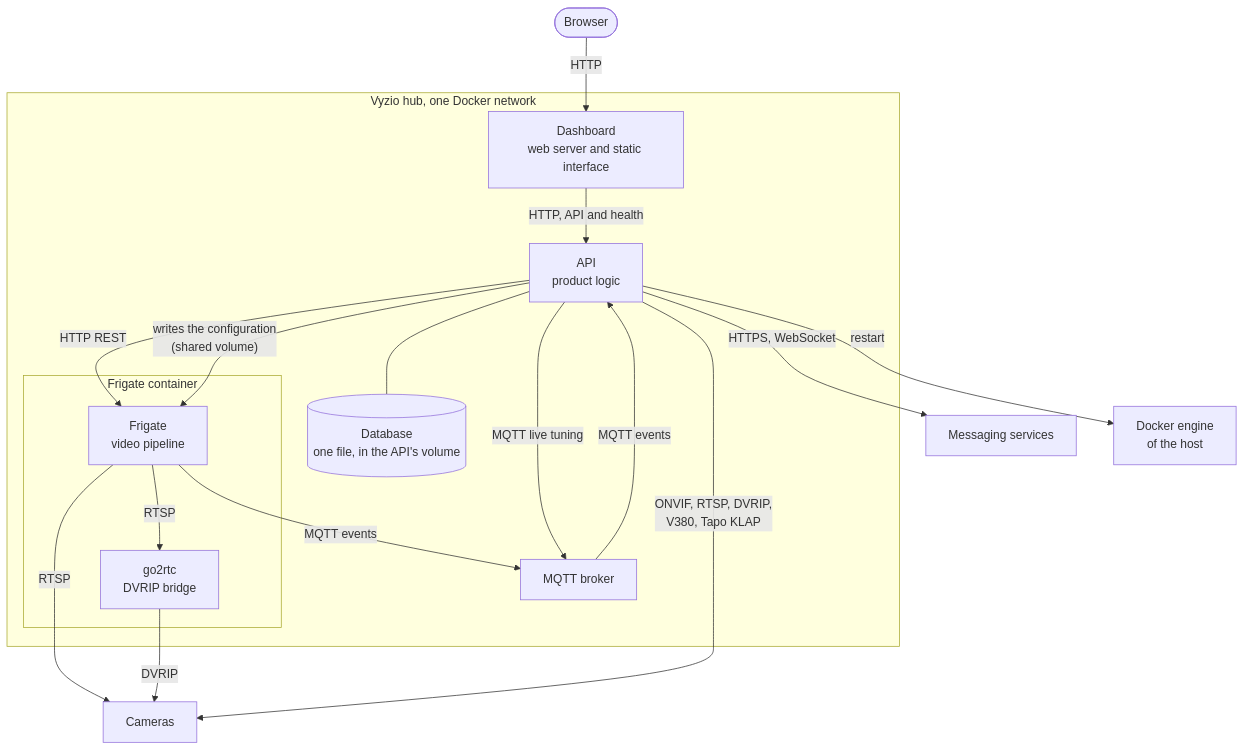
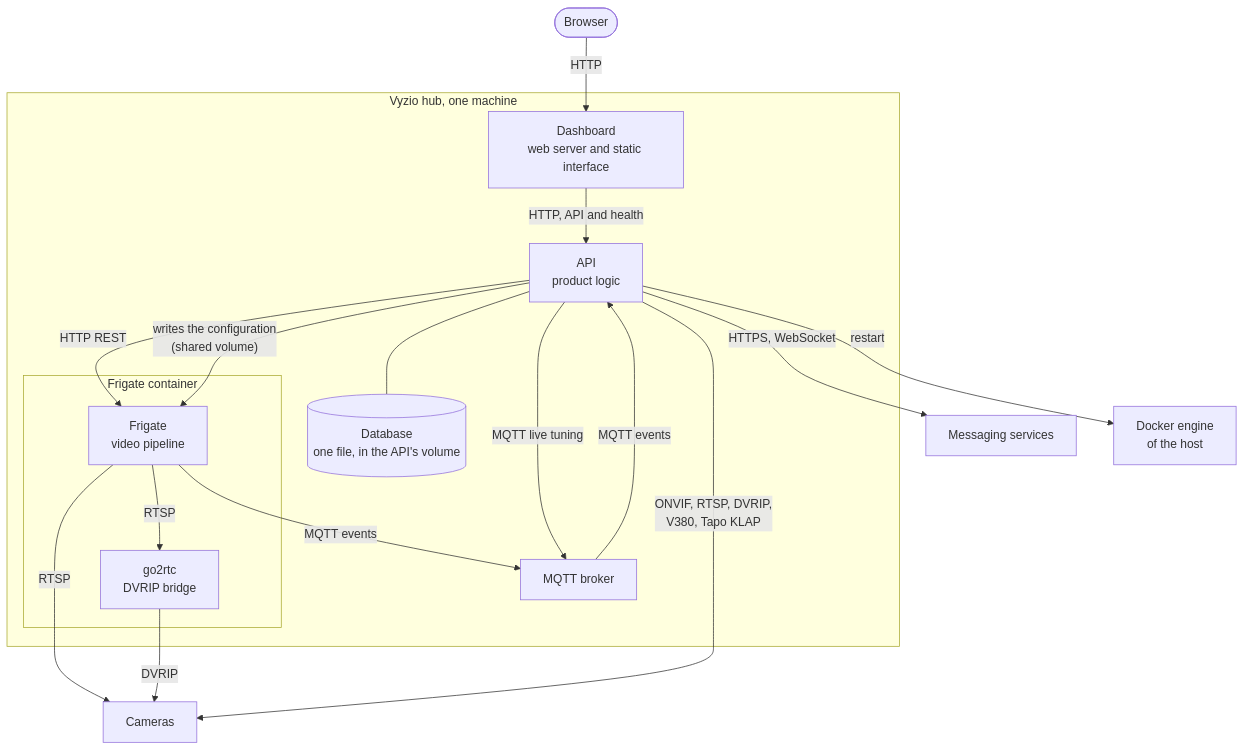
One commit to KelianS/vyzio changed the second of 6 diagrams in docs/SAD.md. Above: the diagram before and after it, drawn with Mermaid. The commit also changed other lines of this file and 3 other files, not shown here.

````diff
--- a/docs/SAD.md
+++ b/docs/SAD.md
@@ -54,32 +54,32 @@
 ```mermaid
 flowchart TB
     browser(["Browser"])
-    subgraph hub["Vyzio hub, one Docker network"]
+    subgraph hub["Vyzio hub, one machine"]
         dash["Dashboard<br/>web server and static interface"]
         api["API<br/>product logic"]
         db[("Database<br/>one file, in the API's volume")]
         mqtt["MQTT broker"]
         subgraph frig["Frigate container"]
             frigate["Frigate<br/>video pipeline"]
             go2rtc["go2rtc<br/>DVRIP bridge"]
         end
     end
     cams["Cameras"]
     chan["Messaging services"]
     docker["Docker engine<br/>of the host"]
 
     browser -- HTTP --> dash
     dash -- "HTTP, API and health" --> api
     api --- db
     api -- "HTTP REST" --> frigate
     frigate -- "MQTT events" --> mqtt
     mqtt -- "MQTT events" --> api
     api -- "MQTT live tuning" --> mqtt
     api -- "writes the configuration<br/>(shared volume)" --> frigate
     api -- "restart" --> docker
     frigate -- RTSP --> cams
     frigate -- RTSP --> go2rtc
     go2rtc -- DVRIP --> cams
     api -- "ONVIF, RTSP, DVRIP,<br/>V380, Tapo KLAP" --> cams
     api -- "HTTPS, WebSocket" --> chan
 ```
````
